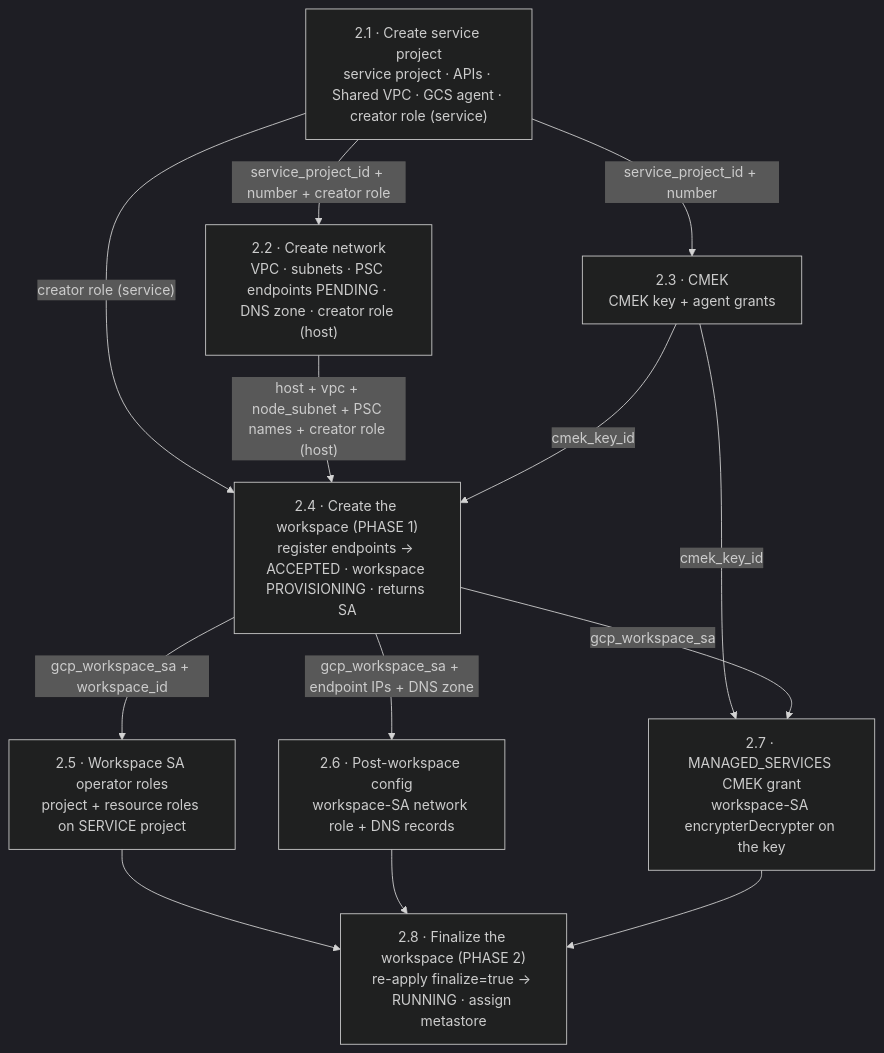
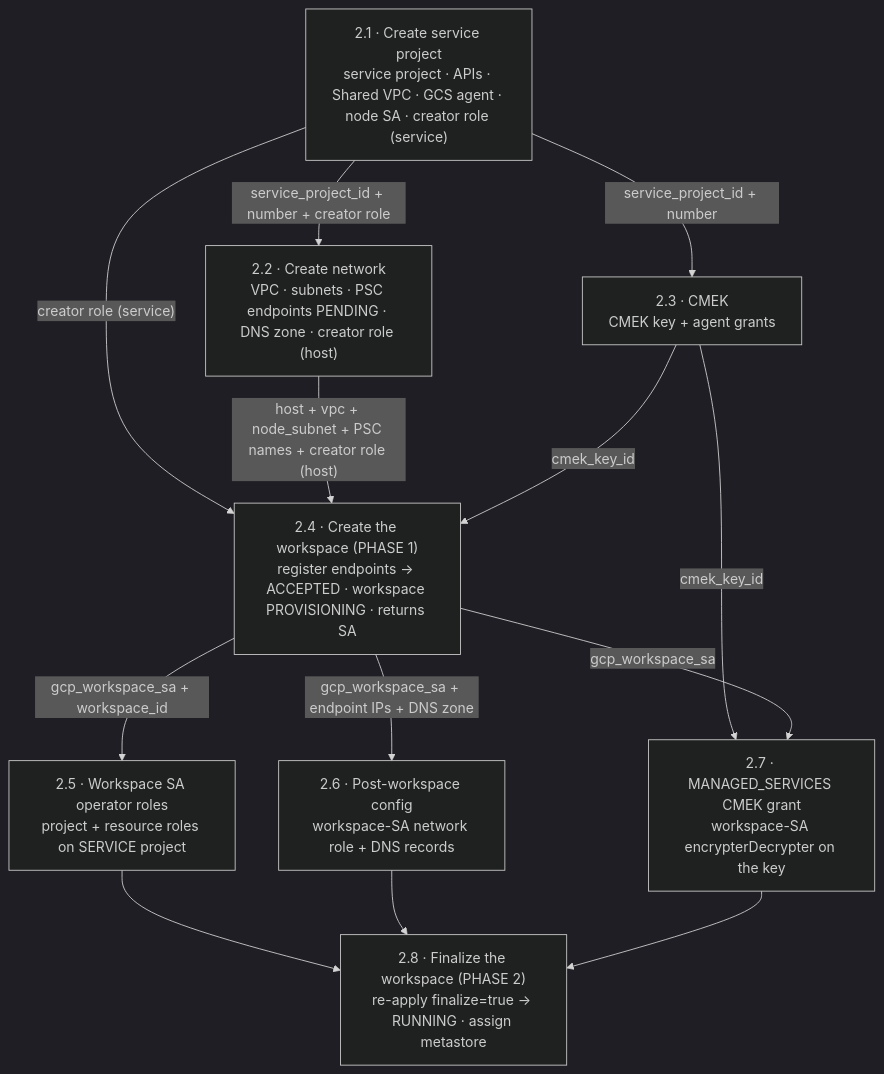
One commit to klevisa/shared-vpc-cmk-psc-databricks-deployment changed the diagram in workspace-setup/README.md. Above: the diagram before and after it, drawn with Mermaid (dark theme). The commit also changed 12 other files, not shown here.

First line of the commit message:
PR2: service project + node identity (H1, H2, M1, M7) (#12)

````diff
--- a/workspace-setup/README.md
+++ b/workspace-setup/README.md
@@ -96,24 +96,24 @@
 ```mermaid
 flowchart TB
-    P0["2.1 · Create service project<br/>service project · APIs · Shared VPC · GCS agent · creator role (service)"]
+    P0["2.1 · Create service project<br/>service project · APIs · Shared VPC · GCS agent · node SA · creator role (service)"]
     P1["2.2 · Create network<br/>VPC · subnets · PSC endpoints PENDING · DNS zone · creator role (host)"]
     P2["2.3 · CMEK<br/>CMEK key + agent grants"]
     P3["2.4 · Create the workspace (PHASE 1)<br/>register endpoints → ACCEPTED · workspace PROVISIONING · returns SA"]
     P4["2.5 · Workspace SA operator roles<br/>project + resource roles on SERVICE project"]
     P5["2.6 · Post-workspace config<br/>workspace-SA network role + DNS records"]
     P6["2.7 · MANAGED_SERVICES CMEK grant<br/>workspace-SA encrypterDecrypter on the key"]
     P7["2.8 · Finalize the workspace (PHASE 2)<br/>re-apply finalize=true → RUNNING · assign metastore"]
 
     P0 -->|"service_project_id + number + creator role"| P1
     P0 -->|"service_project_id + number"| P2
     P0 -->|"creator role (service)"| P3
     P1 -->|"host + vpc + node_subnet + PSC names + creator role (host)"| P3
     P2 -->|"cmek_key_id"| P3
     P3 -->|"gcp_workspace_sa + workspace_id"| P4
     P3 -->|"gcp_workspace_sa + endpoint IPs + DNS zone"| P5
     P2 -->|"cmek_key_id"| P6
     P3 -->|"gcp_workspace_sa"| P6
     P4 --> P7
     P5 --> P7
     P6 --> P7
 ```
````
